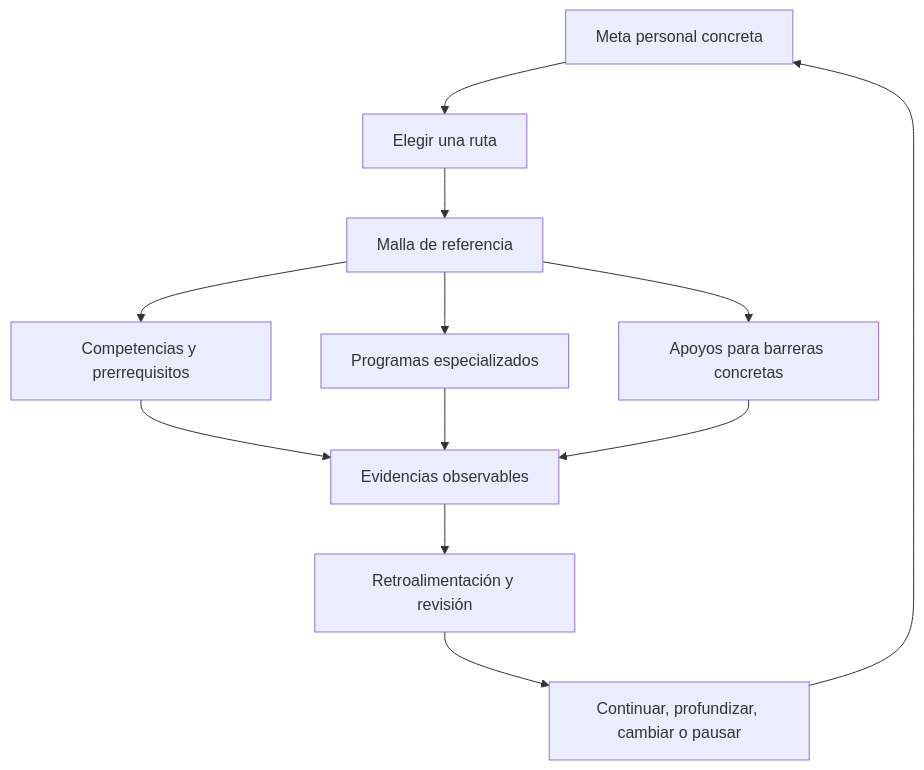
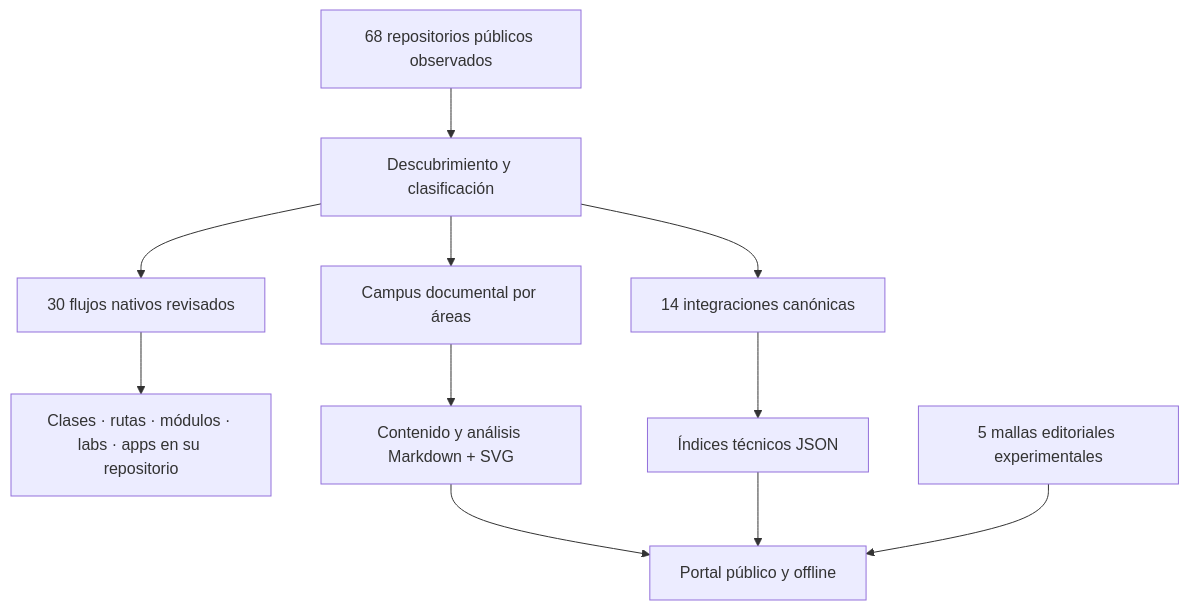
The diagram in docs/LEARNING_SYSTEM.md (vladimiracunadev-create/lifelong-learning-ecosystem), drawn with Mermaid before and after one commit. The commit also changed other lines of this file and 44 other files, not shown here.

Commit message:
docs: rebuild ecosystem around real learning flows

````diff
--- a/docs/LEARNING_SYSTEM.md
+++ b/docs/LEARNING_SYSTEM.md
@@ -43,14 +41,13 @@
 ```mermaid
 flowchart TB
-    Q[Meta personal concreta] --> R[Elegir una ruta]
-    R --> M[Malla de referencia]
-    M --> C[Competencias y prerrequisitos]
-    M --> P[Programas especializados]
-    M --> S[Apoyos para barreras concretas]
-    C --> E[Evidencias observables]
-    P --> E
-    S --> E
-    E --> F[Retroalimentación y revisión]
-    F --> N[Continuar, profundizar, cambiar o pausar]
-    N --> Q
+    GH[68 repositorios públicos observados] --> DISC[Descubrimiento y clasificación]
+    DISC --> CAMPUS[Campus documental por áreas]
+    DISC --> FLOWS[30 flujos nativos revisados]
+    DISC --> CANON[14 integraciones canónicas]
+    FLOWS --> SOURCE[Clases · rutas · módulos · labs · apps en su repositorio]
+    CANON --> INDEX[Índices técnicos JSON]
+    CAMPUS --> MD[Contenido y análisis Markdown + SVG]
+    MD --> PORTAL[Portal público y offline]
+    INDEX --> PORTAL
+    EXP[5 mallas editoriales experimentales] --> PORTAL
 ```
````
